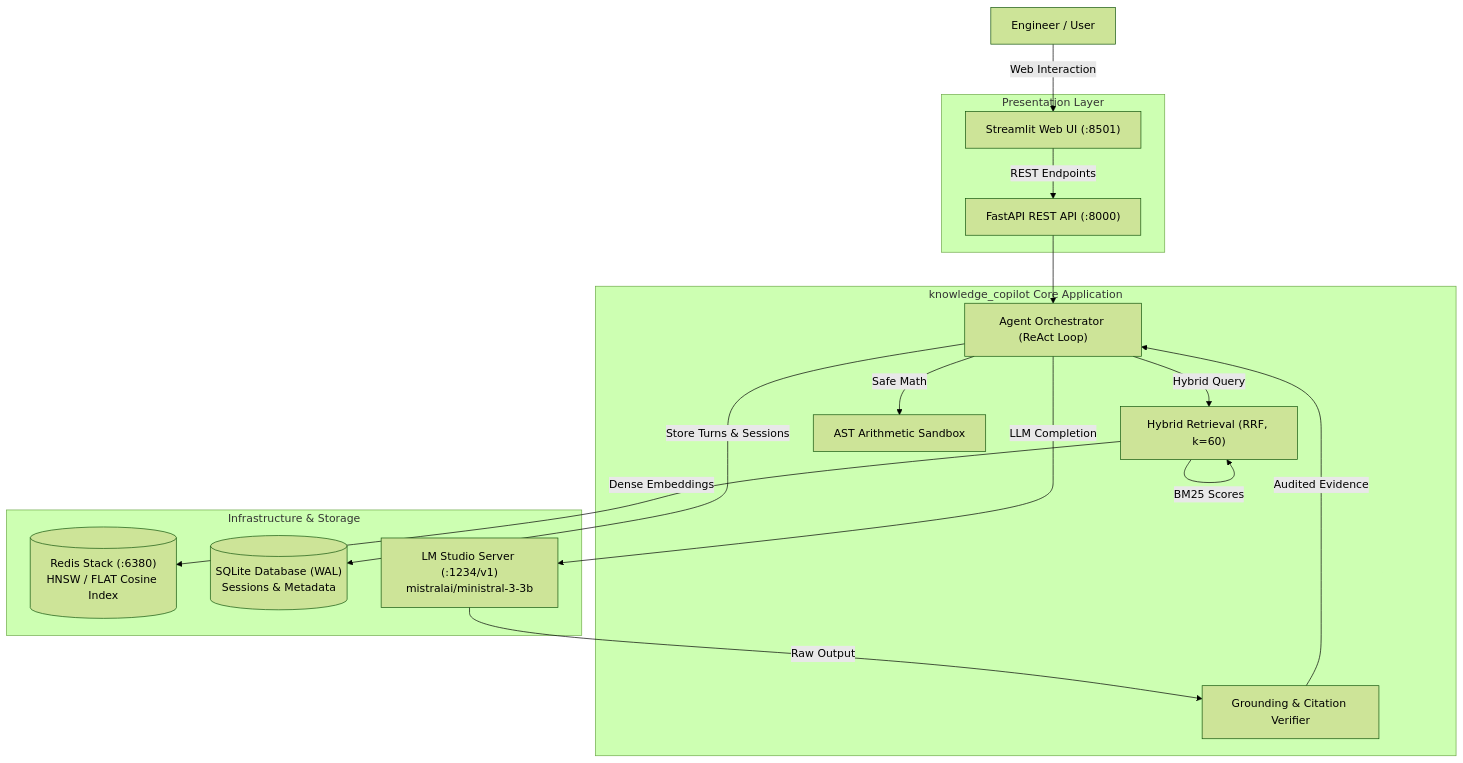
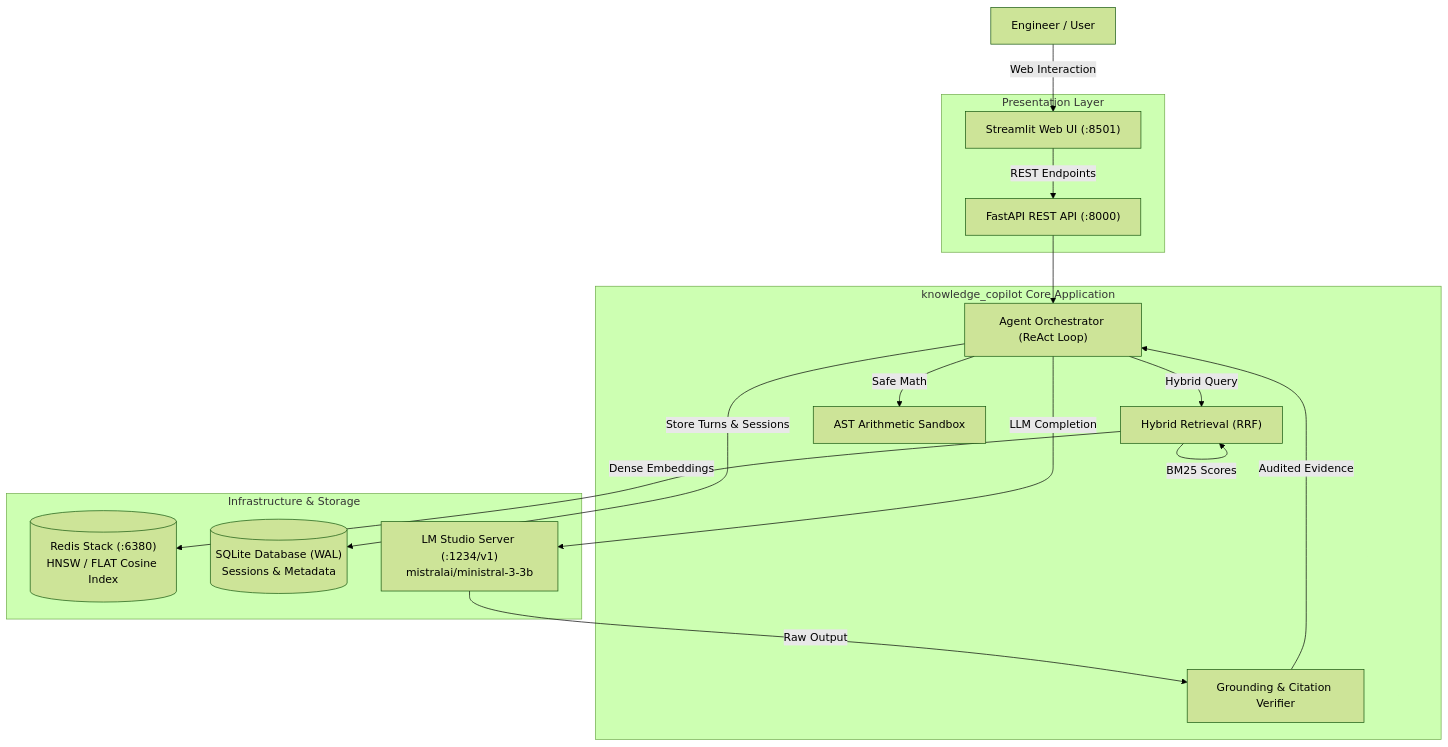
One commit to Eclipse-XS/Neural-Network-Technologies-and-Systems changed the diagram in README.md. Above: the diagram before and after it, drawn with Mermaid (forest theme). The commit also changed other lines of this file and 11 other files, not shown here.

````diff
--- a/README.md
+++ b/README.md
@@ -16,34 +16,34 @@
 ```mermaid
 flowchart TD
     User["Engineer / User"]
 
     subgraph UI_Layer["Presentation Layer"]
         WebUI["Streamlit Web UI (:8501)"]
         FastAPIApp["FastAPI REST API (:8000)"]
     end
 
     subgraph Core_Monolith["knowledge_copilot Core Application"]
         Orchestrator["Agent Orchestrator (ReAct Loop)"]
         Verifier["Grounding & Citation Verifier"]
-        HybridEngine["Hybrid Retrieval (RRF, k=60)"]
+        HybridEngine["Hybrid Retrieval (RRF)"]
         ASTCalc["AST Arithmetic Sandbox"]
     end
 
     subgraph Infra_Layer["Infrastructure & Storage"]
         RedisDB[("Redis Stack (:6380)\nHNSW / FLAT Cosine Index")]
         SQLiteDB[("SQLite Database (WAL)\nSessions & Metadata")]
         LMStudio["LM Studio Server (:1234/v1)\nmistralai/ministral-3-3b"]
     end
 
     User -->|Web Interaction| WebUI
     WebUI -->|REST Endpoints| FastAPIApp
     FastAPIApp --> Orchestrator
     Orchestrator -->|Hybrid Query| HybridEngine
     HybridEngine -->|Dense Embeddings| RedisDB
     HybridEngine -->|BM25 Scores| HybridEngine
     Orchestrator -->|Safe Math| ASTCalc
     Orchestrator -->|LLM Completion| LMStudio
     LMStudio -->|Raw Output| Verifier
     Verifier -->|Audited Evidence| Orchestrator
     Orchestrator -->|Store Turns & Sessions| SQLiteDB
 ```
````
